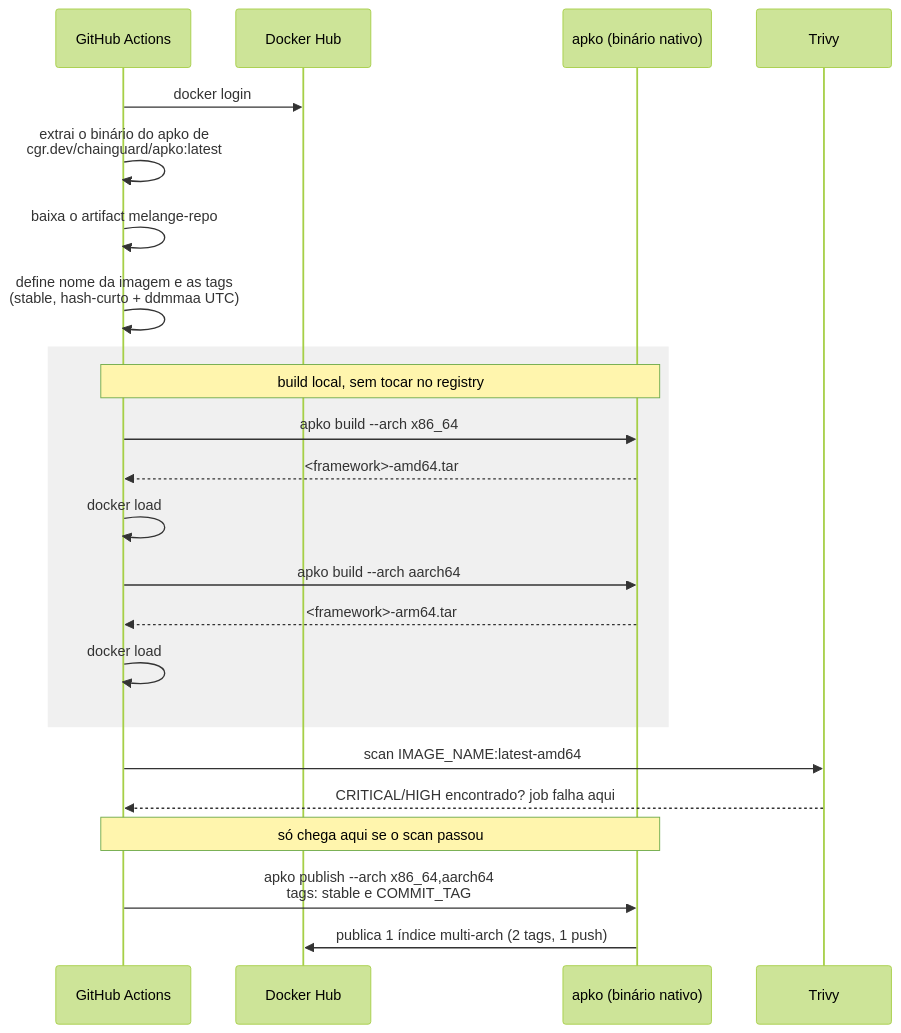
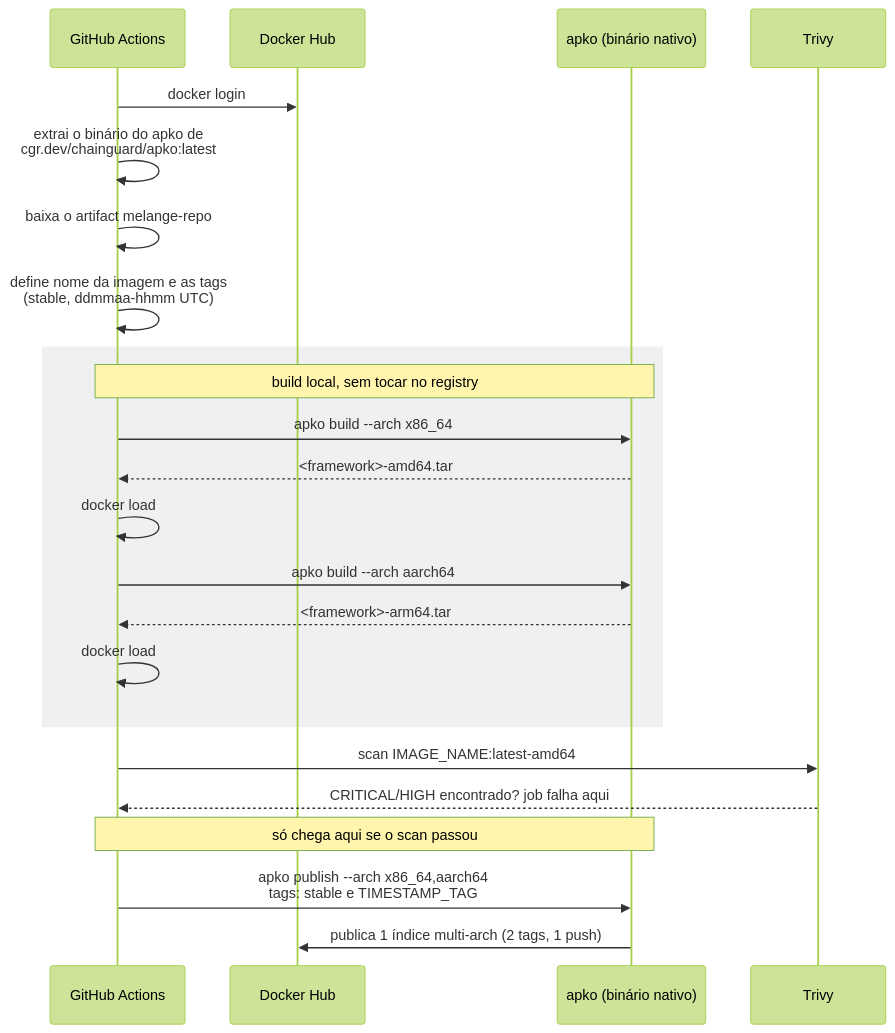
One commit to gersontpc/image-base changed the fifth of 5 diagrams in README.md. Above: the diagram before and after it, drawn with Mermaid (forest theme). The commit also changed other lines of this file and 1 other file, not shown here.

Commit message:
chore: push images cache

````diff
--- a/README.md
+++ b/README.md
@@ -231,29 +231,29 @@
 ```mermaid
 sequenceDiagram
     participant CI as GitHub Actions
     participant DH as Docker Hub
     participant APKO as apko (binário nativo)
     participant TRIVY as Trivy
 
     CI->>DH: docker login
     CI->>CI: extrai o binário do apko de<br/>cgr.dev/chainguard/apko:latest
     CI->>CI: baixa o artifact melange-repo
-    CI->>CI: define nome da imagem e as tags<br/>(stable, hash-curto + ddmmaa UTC)
+    CI->>CI: define nome da imagem e as tags<br/>(stable, ddmmaa-hhmm UTC)
 
     rect rgb(240, 240, 240)
         note over CI,APKO: build local, sem tocar no registry
         CI->>APKO: apko build --arch x86_64
         APKO-->>CI: <framework>-amd64.tar
         CI->>CI: docker load
         CI->>APKO: apko build --arch aarch64
         APKO-->>CI: <framework>-arm64.tar
         CI->>CI: docker load
     end
 
     CI->>TRIVY: scan IMAGE_NAME:latest-amd64
     TRIVY-->>CI: CRITICAL/HIGH encontrado? job falha aqui
 
     note over CI,APKO: só chega aqui se o scan passou
-    CI->>APKO: apko publish --arch x86_64,aarch64<br/>tags: stable e COMMIT_TAG
+    CI->>APKO: apko publish --arch x86_64,aarch64<br/>tags: stable e TIMESTAMP_TAG
     APKO->>DH: publica 1 índice multi-arch (2 tags, 1 push)
 ```
````
